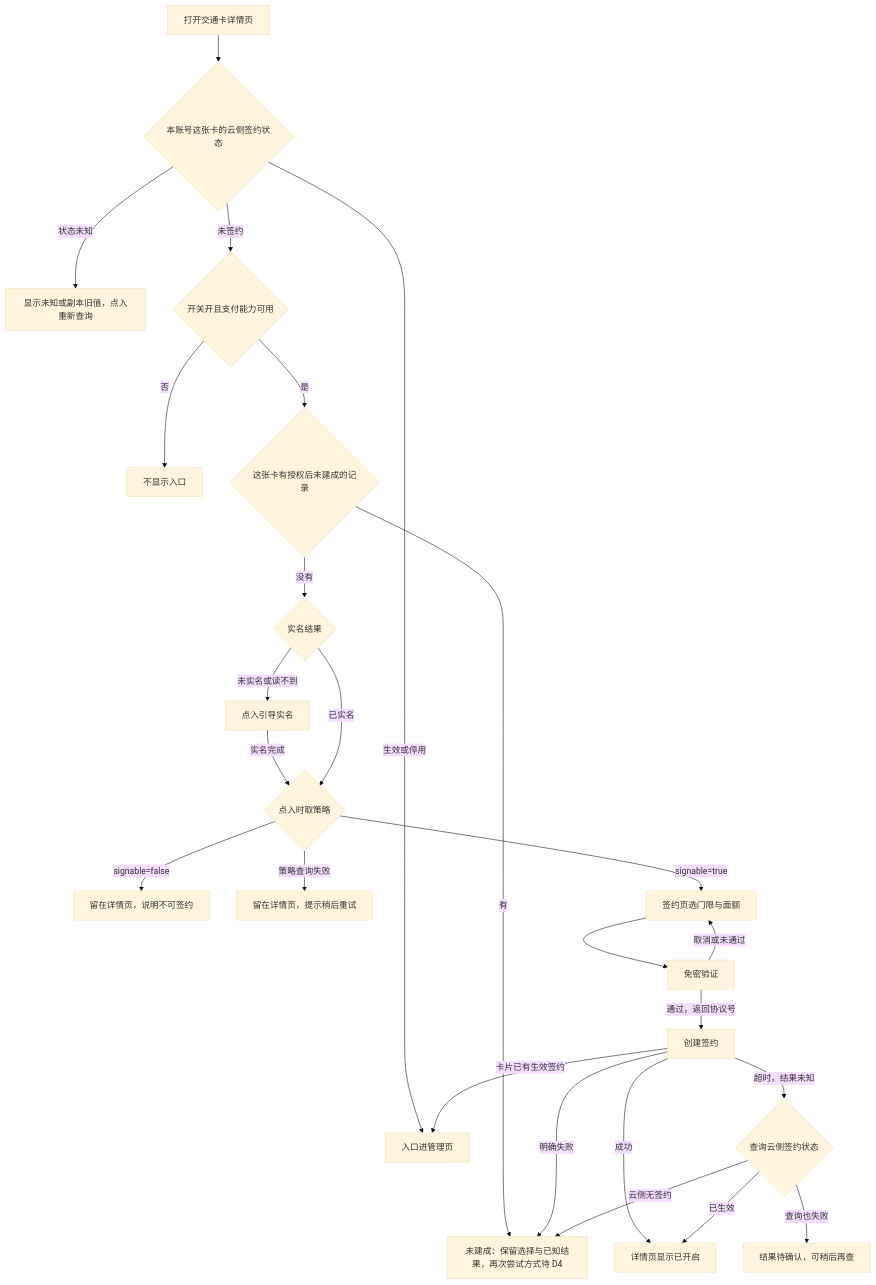
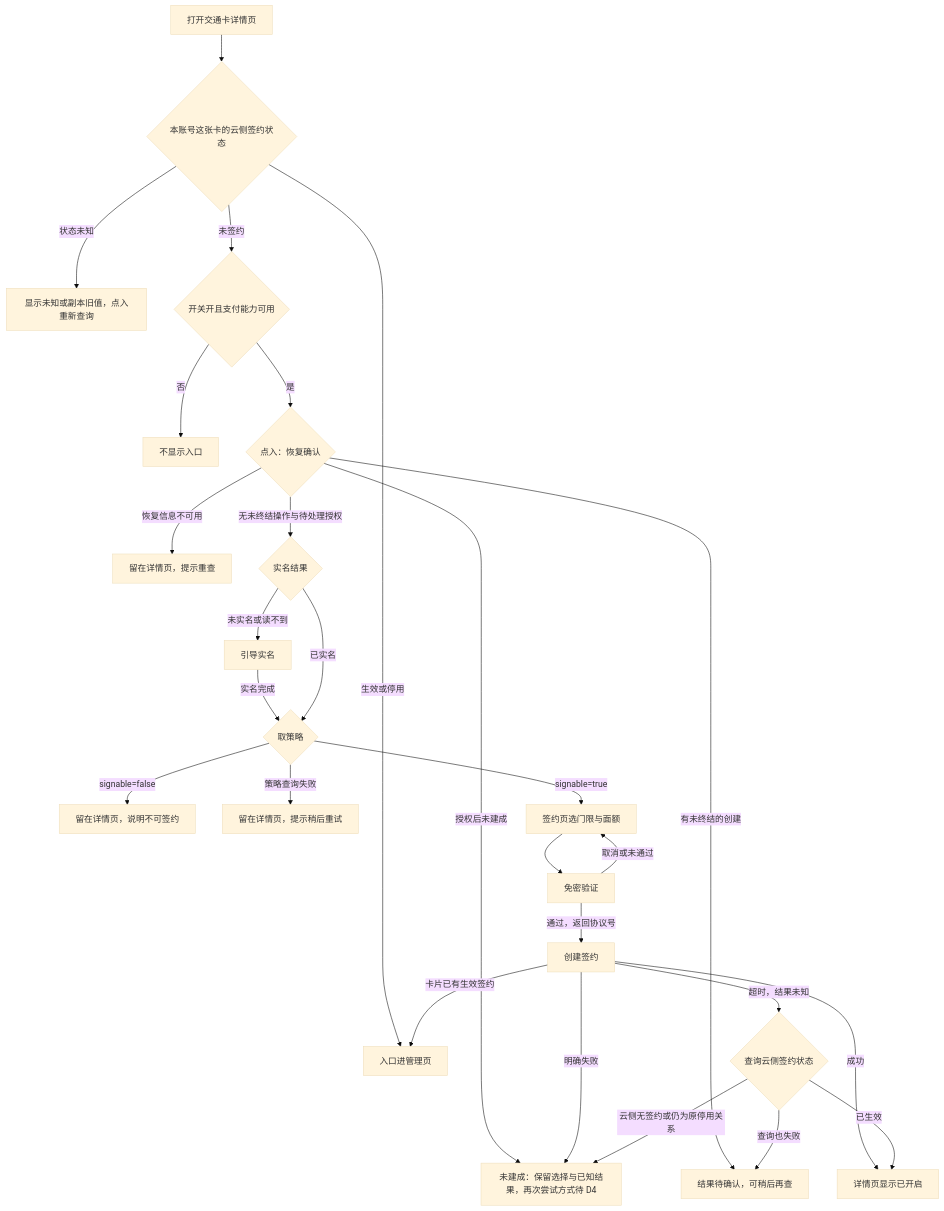
One commit to sqsqsq/SimulatedWalletForHmos changed the first of 3 diagrams in doc/plan/1.9.9/金样候选/auto-topup/spec/spec.md. Above: the diagram before and after it, drawn with Mermaid (base theme). The commit also changed other lines of this file and 47 other files, not shown here.

````diff
--- a/doc/plan/1.9.9/金样候选/auto-topup/spec/spec.md
+++ b/doc/plan/1.9.9/金样候选/auto-topup/spec/spec.md
@@ -222,27 +227,29 @@
 ```mermaid
 flowchart TD
   A[打开交通卡详情页] --> S{本账号这张卡的云侧签约状态}
   S -->|生效或停用| MG[入口进管理页]
   S -->|状态未知| UN[显示未知或副本旧值，点入重新查询]
   S -->|未签约| G{开关开且支付能力可用}
   G -->|否| H[不显示入口]
-  G -->|是| AU{这张卡有授权后未建成的记录}
-  AU -->|有| F
-  AU -->|没有| R{实名结果}
-  R -->|未实名或读不到| RN[点入引导实名]
+  G -->|是| RC{点入：恢复确认}
+  RC -->|授权后未建成| F
+  RC -->|有未终结的创建| U
+  RC -->|恢复信息不可用| RF[留在详情页，提示重查]
+  RC -->|无未终结操作与待处理授权| R{实名结果}
+  R -->|未实名或读不到| RN[引导实名]
   RN -->|实名完成| P
-  R -->|已实名| P{点入时取策略}
+  R -->|已实名| P{取策略}
   P -->|signable=false| NS[留在详情页，说明不可签约]
   P -->|策略查询失败| PF[留在详情页，提示稍后重试]
   P -->|signable=true| B[签约页选门限与面额]
   B --> C[免密验证]
   C -->|取消或未通过| B
   C -->|通过，返回协议号| D[创建签约]
   D -->|成功| E[详情页显示已开启]
   D -->|卡片已有生效签约| MG
   D -->|明确失败| F[未建成：保留选择与已知结果，再次尝试方式待 D4]
   D -->|超时，结果未知| Q{查询云侧签约状态}
   Q -->|已生效| E
-  Q -->|云侧无签约| F
+  Q -->|云侧无签约或仍为原停用关系| F
   Q -->|查询也失败| U[结果待确认，可稍后再查]
 ```
````
